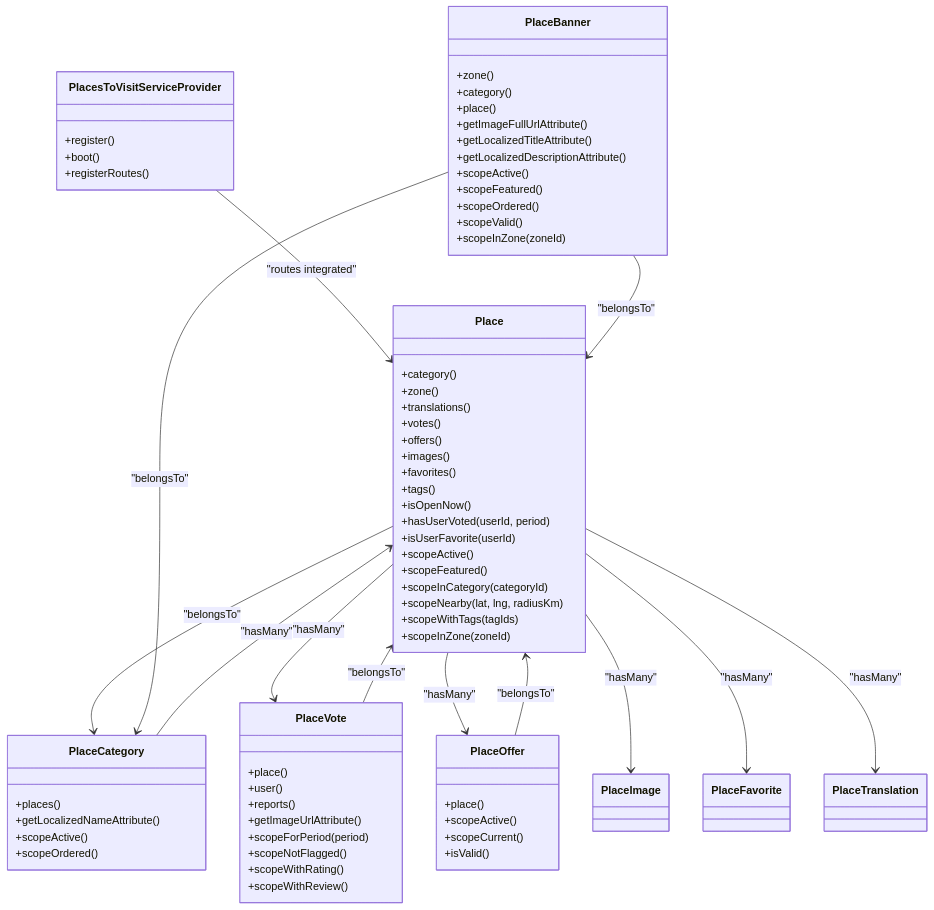
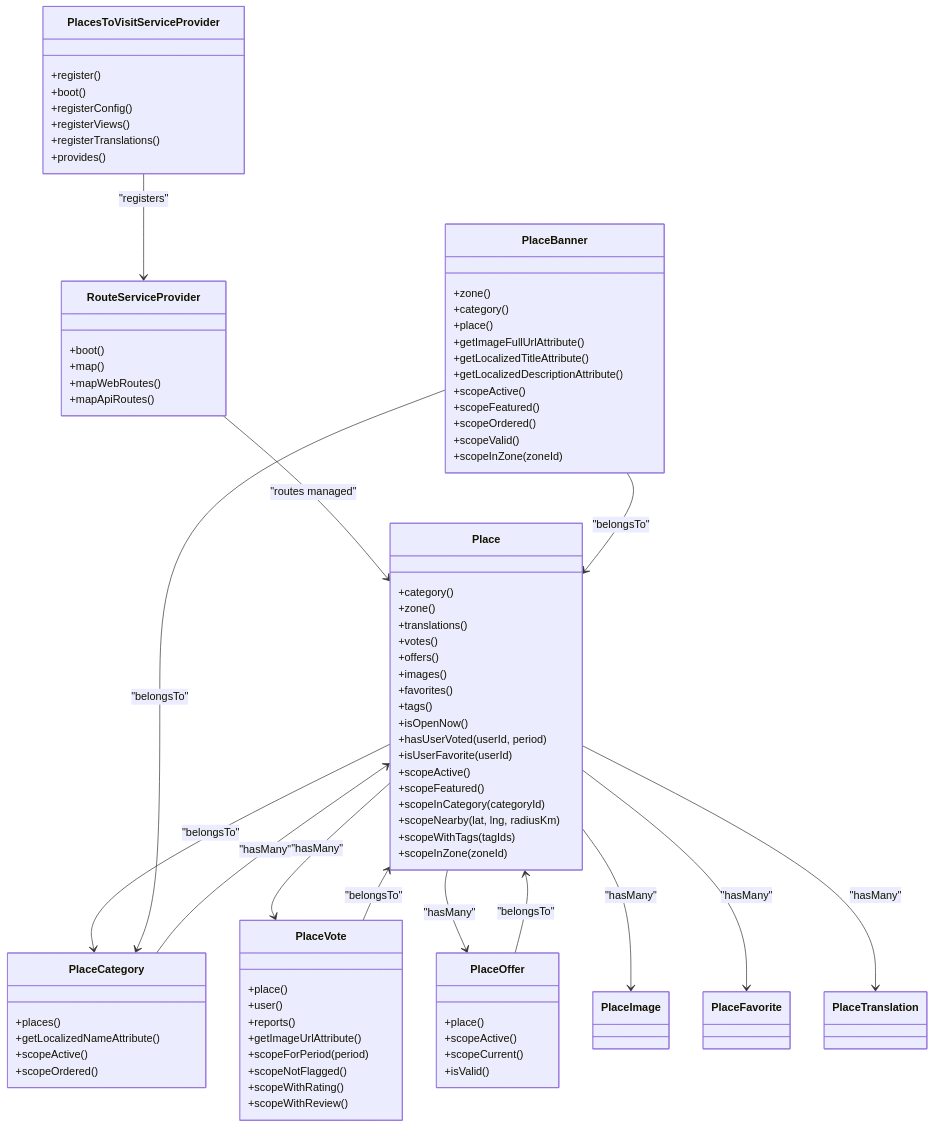
Before and after one commit to Hamdies/waddy_back: the second of 8 diagrams in .qoder/repowiki/en/content/Business Modules/PlacesToVisit Module/PlacesToVisit Module.md, drawn with Mermaid. The commit also changed other lines of this file and 5 other files, not shown here.

```diff
--- a/.qoder/repowiki/en/content/Business Modules/PlacesToVisit Module/PlacesToVisit Module.md
+++ b/.qoder/repowiki/en/content/Business Modules/PlacesToVisit Module/PlacesToVisit Module.md
@@ -186,7 +190,16 @@
 class PlacesToVisitServiceProvider {
 +register()
 +boot()
-+registerRoutes()
++registerConfig()
++registerViews()
++registerTranslations()
++provides()
+}
+class RouteServiceProvider {
++boot()
++map()
++mapWebRoutes()
++mapApiRoutes()
 }
 class Place {
 +category()
@@ -242,7 +255,8 @@
 +scopeCurrent()
 +isValid()
 }
-PlacesToVisitServiceProvider --> Place : "routes integrated"
+PlacesToVisitServiceProvider --> RouteServiceProvider : "registers"
+RouteServiceProvider --> Place : "routes managed"
 PlaceCategory --> Place : "hasMany"
 Place --> PlaceCategory : "belongsTo"
 Place --> PlaceVote : "hasMany"
```
